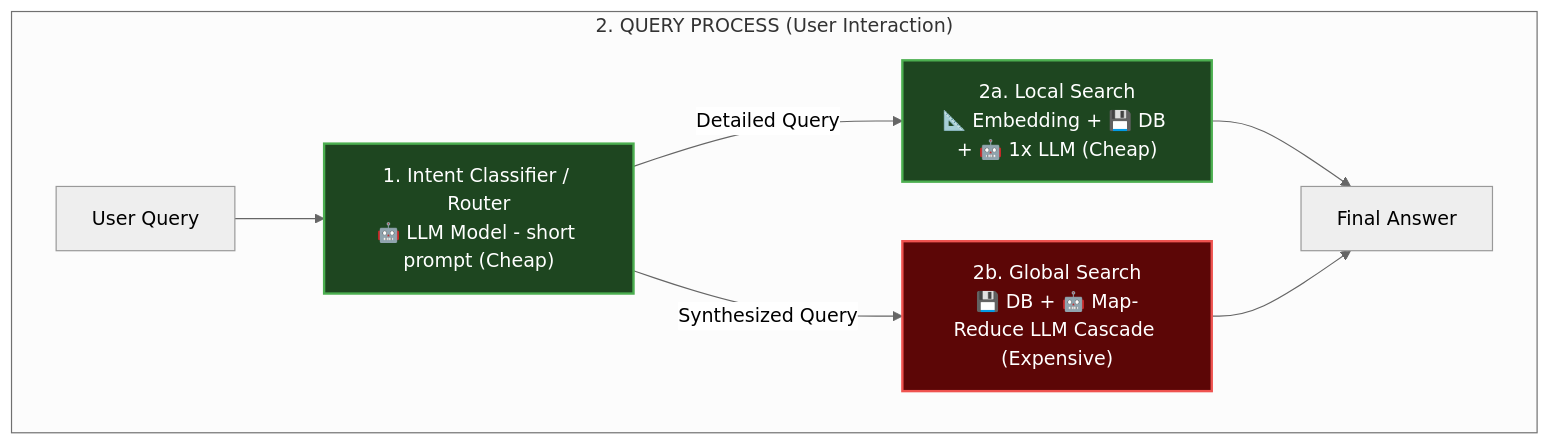
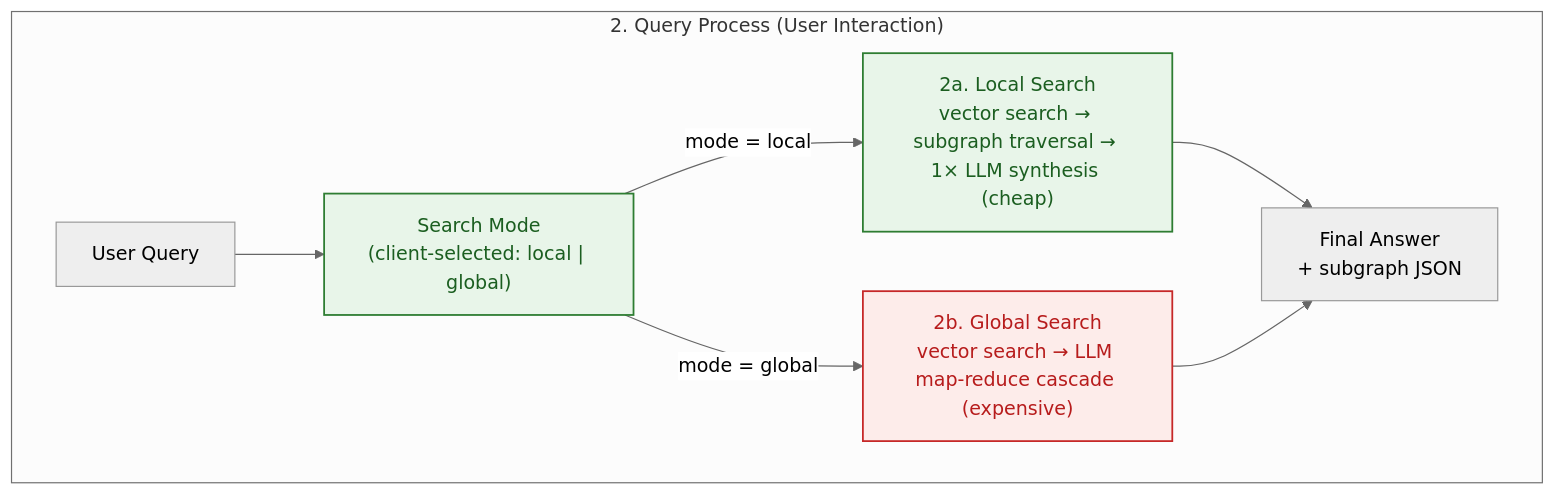
The fourth of 4 diagrams in README.md (sebastianbrzustowicz/Agentic-GraphRAG-Blueprint), drawn with Mermaid (neutral theme) before and after one commit. The commit also changed other lines of this file, not shown here.

````diff
--- a/README.md
+++ b/README.md
@@ -96,16 +96,16 @@
 ```mermaid
 flowchart TD
-    subgraph Query ["2. QUERY PROCESS (User Interaction)"]
-        H[User Query] --> I["1. Intent Classifier / Router<br/>🤖 LLM Model - short prompt (Cheap)"]
-        I -->|Detailed Query| J["2a. Local Search<br/>📐 Embedding + 💾 DB + 🤖 1x LLM (Cheap)"]
-        I -->|Synthesized Query| K["2b. Global Search<br/>💾 DB + 🤖 Map-Reduce LLM Cascade (Expensive)"]
-        J --> L[Final Answer]
+    subgraph Query ["2. Query Process (User Interaction)"]
+        H["User Query"] --> I["Search Mode<br/>(client-selected: local | global)"]
+        I -->|"mode = local"| J["2a. Local Search<br/>vector search → subgraph traversal → 1× LLM synthesis (cheap)"]
+        I -->|"mode = global"| K["2b. Global Search<br/>vector search → LLM map-reduce cascade (expensive)"]
+        J --> L["Final Answer<br/>+ subgraph JSON"]
         K --> L
     end
 
     class I,J cheap;
     class K expensive;
 
-    classDef cheap fill:#1e4620,stroke:#4caf50,color:#fff,stroke-width:2px;
-    classDef expensive fill:#5c0606,stroke:#ef5350,color:#fff,stroke-width:2px;
+    classDef cheap fill:#e8f5e9,stroke:#2e7d32,stroke-width:1.5px,color:#1b5e20;
+    classDef expensive fill:#fdecea,stroke:#c62828,stroke-width:1.5px,color:#b71c1c;
 ```
````
